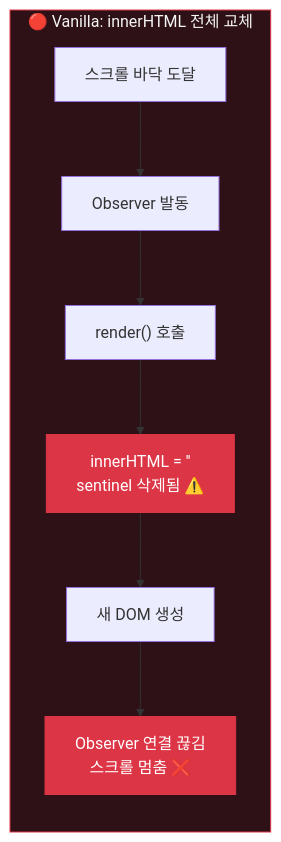
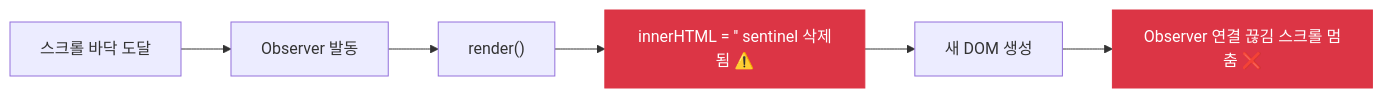
One commit to JYPark-Code/jungle_w4_react_vdom_diff changed the sixth of 6 diagrams in README.md. Above: the diagram before and after it, drawn with Mermaid. The commit also changed other lines of this file, not shown here.

First line of the commit message:
docs(readme): 인피니트 스크롤 다이어그램 수평 흐름으로 수정

````diff
--- a/README.md
+++ b/README.md
@@ -206,14 +203,7 @@
 ```mermaid
 graph LR
-    subgraph VANILLA["🔴 Vanilla: innerHTML 전체 교체"]
-        V1["스크롤 바닥 도달"] --> V2["Observer 발동"]
-        V2 --> V3["render() 호출"]
-        V3 --> V4["innerHTML = ''<br/>sentinel 삭제됨 ⚠️"]
-        V4 --> V5["새 DOM 생성"]
-        V5 --> V6["Observer 연결 끊김<br/>스크롤 멈춤 ❌"]
-    end
+    V1["스크롤 바닥 도달"] --> V2["Observer 발동"] --> V3["render()"] --> V4["innerHTML = '' sentinel 삭제됨 ⚠️"] --> V5["새 DOM 생성"] --> V6["Observer 연결 끊김 스크롤 멈춤 ❌"]
 
-    style VANILLA fill:#2d1117,stroke:#dc3545,color:#f5f5f5
     style V4 fill:#dc3545,stroke:#dc3545,color:#fff
     style V6 fill:#dc3545,stroke:#dc3545,color:#fff
 ```
````
